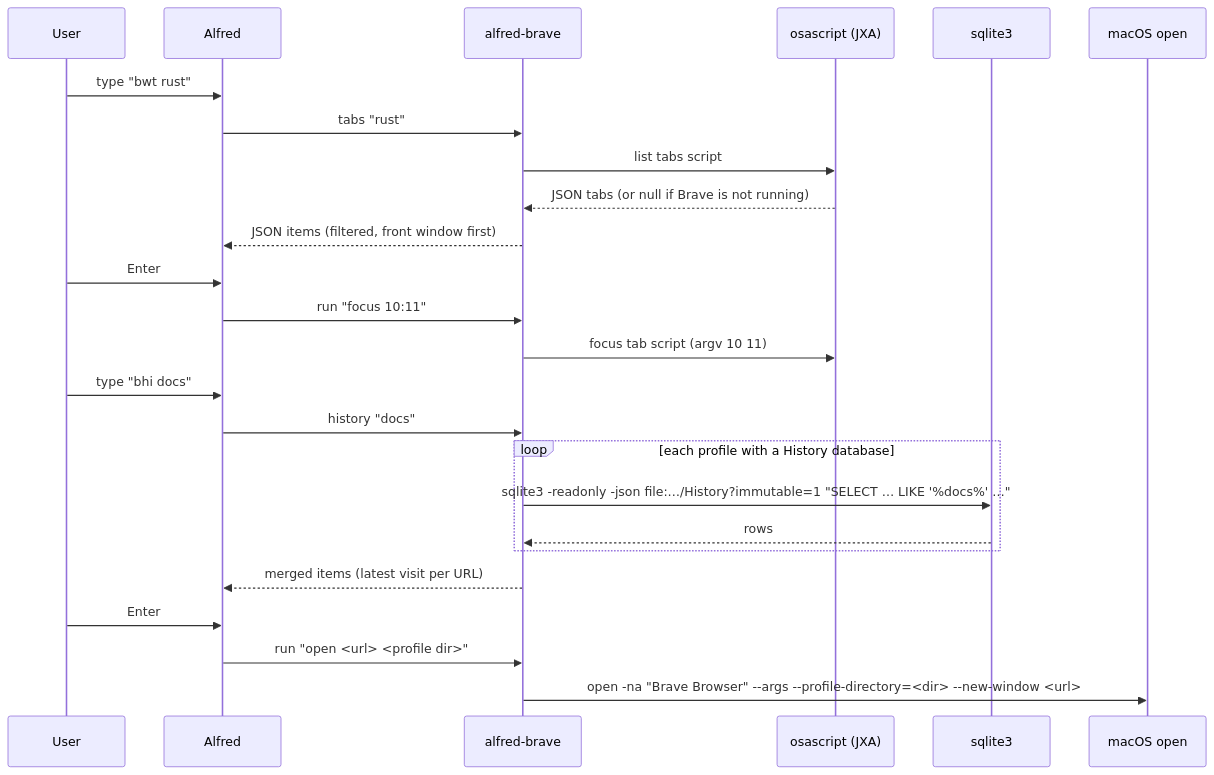
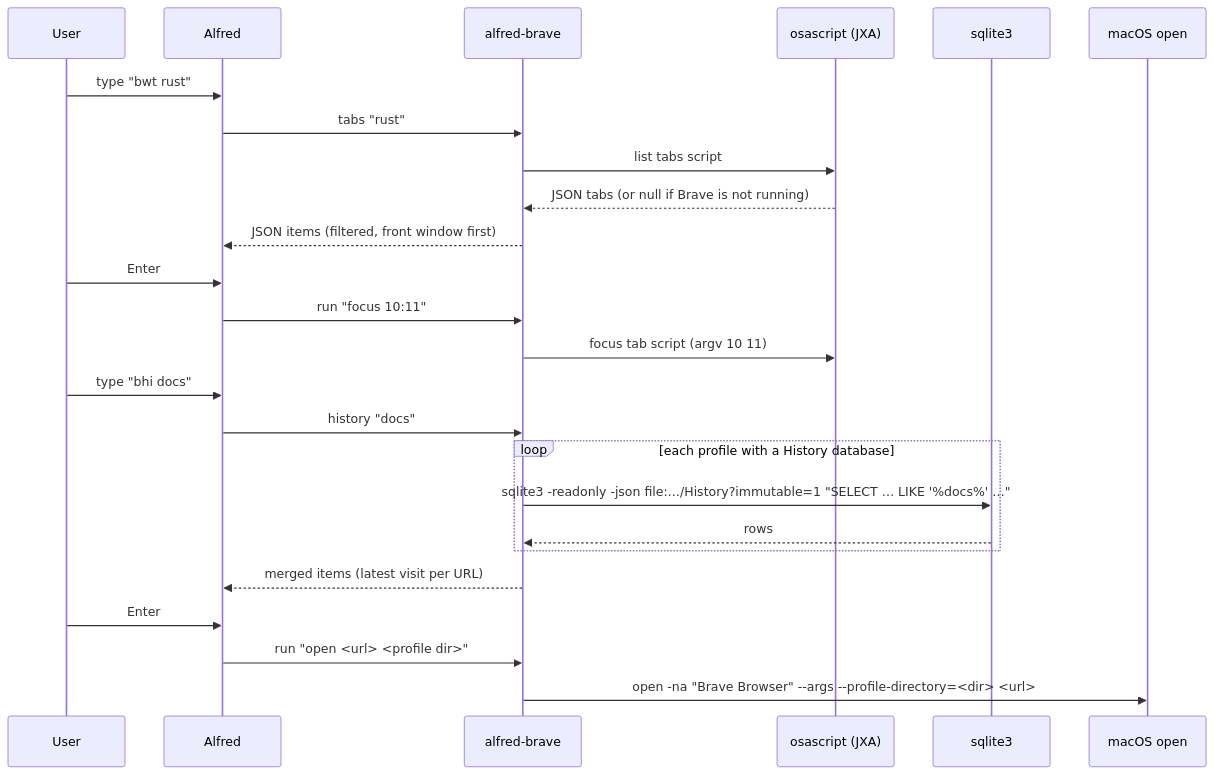
The diagram in docs/architecture.md (pdegeeter/alfred-brave-control-workflow), drawn with Mermaid before and after one commit. The commit also changed other lines of this file and 8 other files, not shown here.

First line of the commit message:
fix: open URLs in the current window instead of a new one (#2)

````diff
--- a/docs/architecture.md
+++ b/docs/architecture.md
@@ -55,29 +55,29 @@
 ```mermaid
 sequenceDiagram
     participant U as User
     participant A as Alfred
     participant B as alfred-brave
     participant J as osascript (JXA)
     participant S as sqlite3
     participant O as macOS open
 
     U->>A: type "bwt rust"
     A->>B: tabs "rust"
     B->>J: list tabs script
     J-->>B: JSON tabs (or null if Brave is not running)
     B-->>A: JSON items (filtered, front window first)
     U->>A: Enter
     A->>B: run "focus 10:11"
     B->>J: focus tab script (argv 10 11)
 
     U->>A: type "bhi docs"
     A->>B: history "docs"
     loop each profile with a History database
         B->>S: sqlite3 -readonly -json file:…/History?immutable=1 "SELECT … LIKE '%docs%' …"
         S-->>B: rows
     end
     B-->>A: merged items (latest visit per URL)
     U->>A: Enter
     A->>B: run "open <url> <profile dir>"
-    B->>O: open -na "Brave Browser" --args --profile-directory=<dir> --new-window <url>
+    B->>O: open -na "Brave Browser" --args --profile-directory=<dir> <url>
 ```
````
